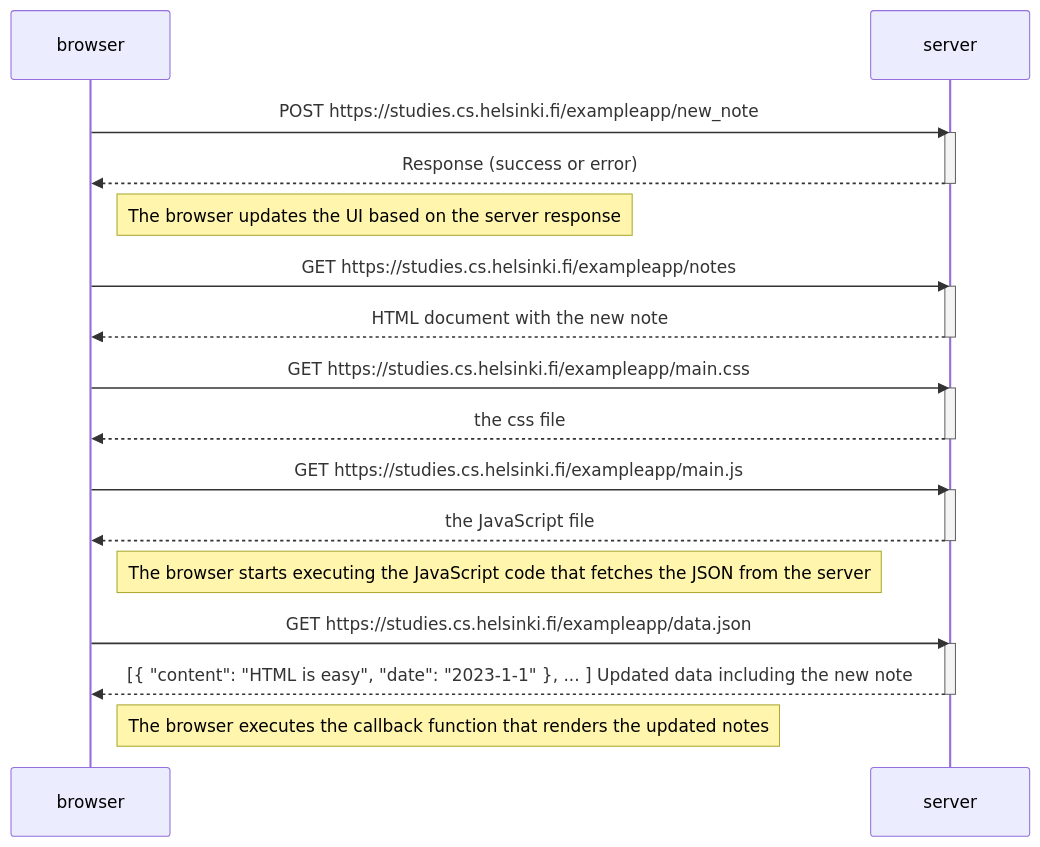
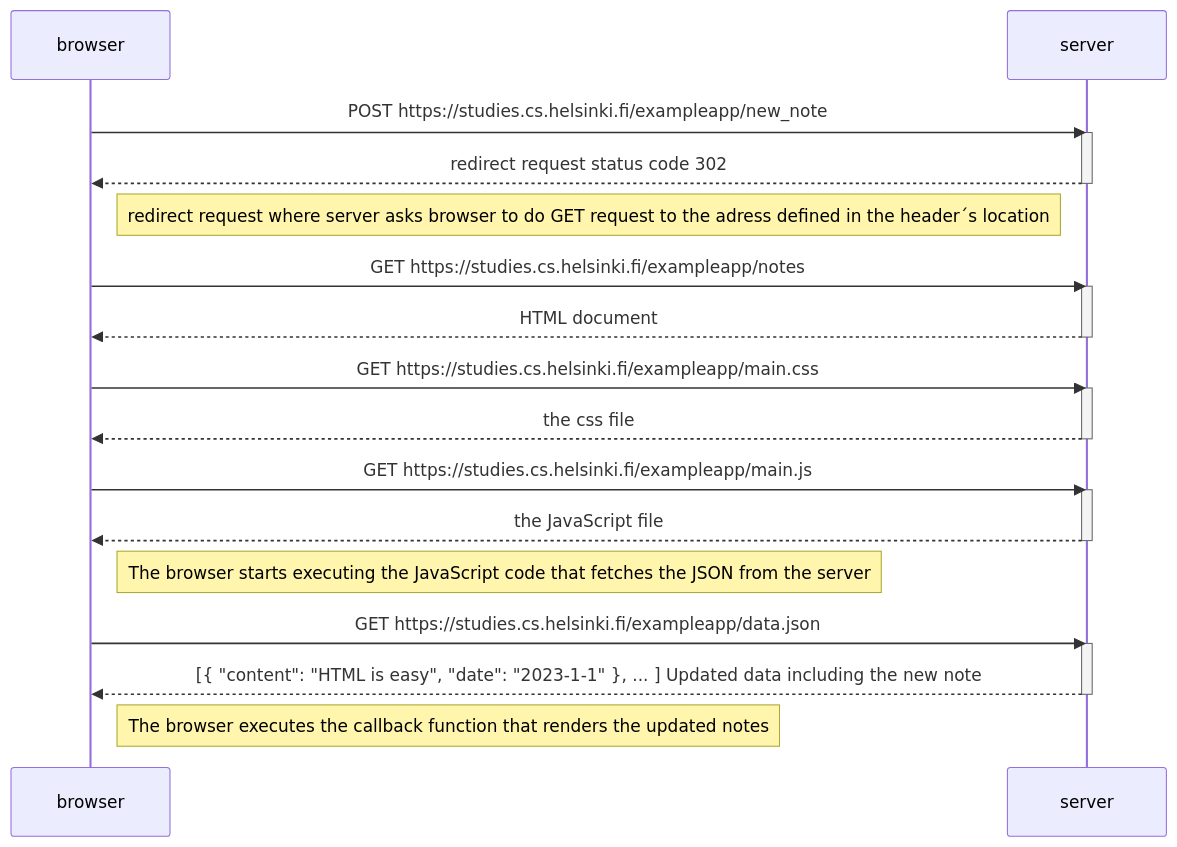
The diagram in README.md (cmjoha/kaavio1), drawn with Mermaid before and after one commit.

````diff
--- a/README.md
+++ b/README.md
@@ -1,37 +1,37 @@
 ```mermaid
 sequenceDiagram
     participant browser
     participant server
 
     browser->>server: POST https://studies.cs.helsinki.fi/exampleapp/new_note
     activate server
-    server-->>browser: Response (success or error)
+    server-->>browser: redirect request status code 302 
     deactivate server
 
-    Note right of browser: The browser updates the UI based on the server response
+    Note right of browser: redirect request where server asks browser to do GET request to the adress defined in the header´s location
     
     browser->>server: GET https://studies.cs.helsinki.fi/exampleapp/notes
     activate server
-    server-->>browser: HTML document with the new note
+    server-->>browser: HTML document 
     deactivate server
     
     browser->>server: GET https://studies.cs.helsinki.fi/exampleapp/main.css
     activate server
     server-->>browser: the css file
     deactivate server
     
     browser->>server: GET https://studies.cs.helsinki.fi/exampleapp/main.js
     activate server
     server-->>browser: the JavaScript file
     deactivate server
     
     Note right of browser: The browser starts executing the JavaScript code that fetches the JSON from the server
     
     browser->>server: GET https://studies.cs.helsinki.fi/exampleapp/data.json
     activate server
     server-->>browser: [{ "content": "HTML is easy", "date": "2023-1-1" }, ... ] Updated data including the new note
     deactivate server    
 
     Note right of browser: The browser executes the callback function that renders the updated notes
 
 ```
````
